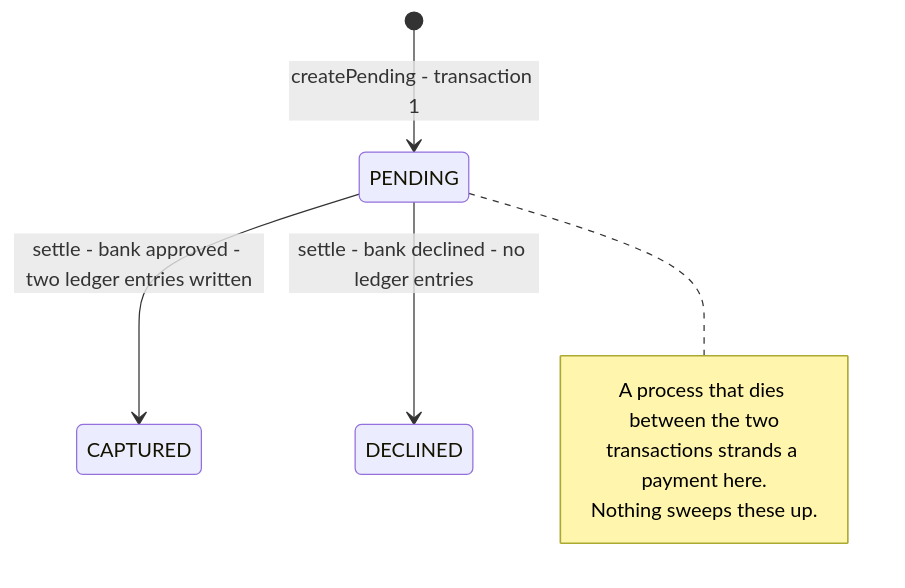
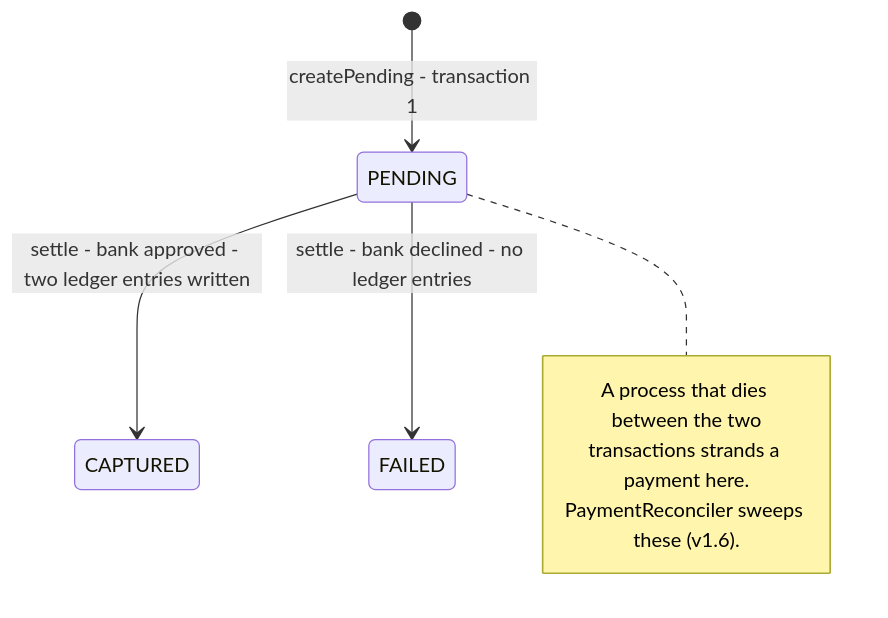
The third of 3 diagrams in docs/architecture.md (ARV0007/transakt), drawn with Mermaid before and after one commit. The commit also changed other lines of this file and 6 other files, not shown here.

``````diff
--- a/docs/architecture.md
+++ b/docs/architecture.md
@@ -88,11 +82,11 @@
-````mermaid
+`````mermaid
 stateDiagram-v2
   [*] --> PENDING: createPending - transaction 1
   PENDING --> CAPTURED: settle - bank approved - two ledger entries written
-  PENDING --> DECLINED: settle - bank declined - no ledger entries
+  PENDING --> FAILED: settle - bank declined - no ledger entries
   note right of PENDING
     A process that dies between the two
     transactions strands a payment here.
-    Nothing sweeps these up.
+    PaymentReconciler sweeps these (v1.6).
   end note
-````
+`````
``````
